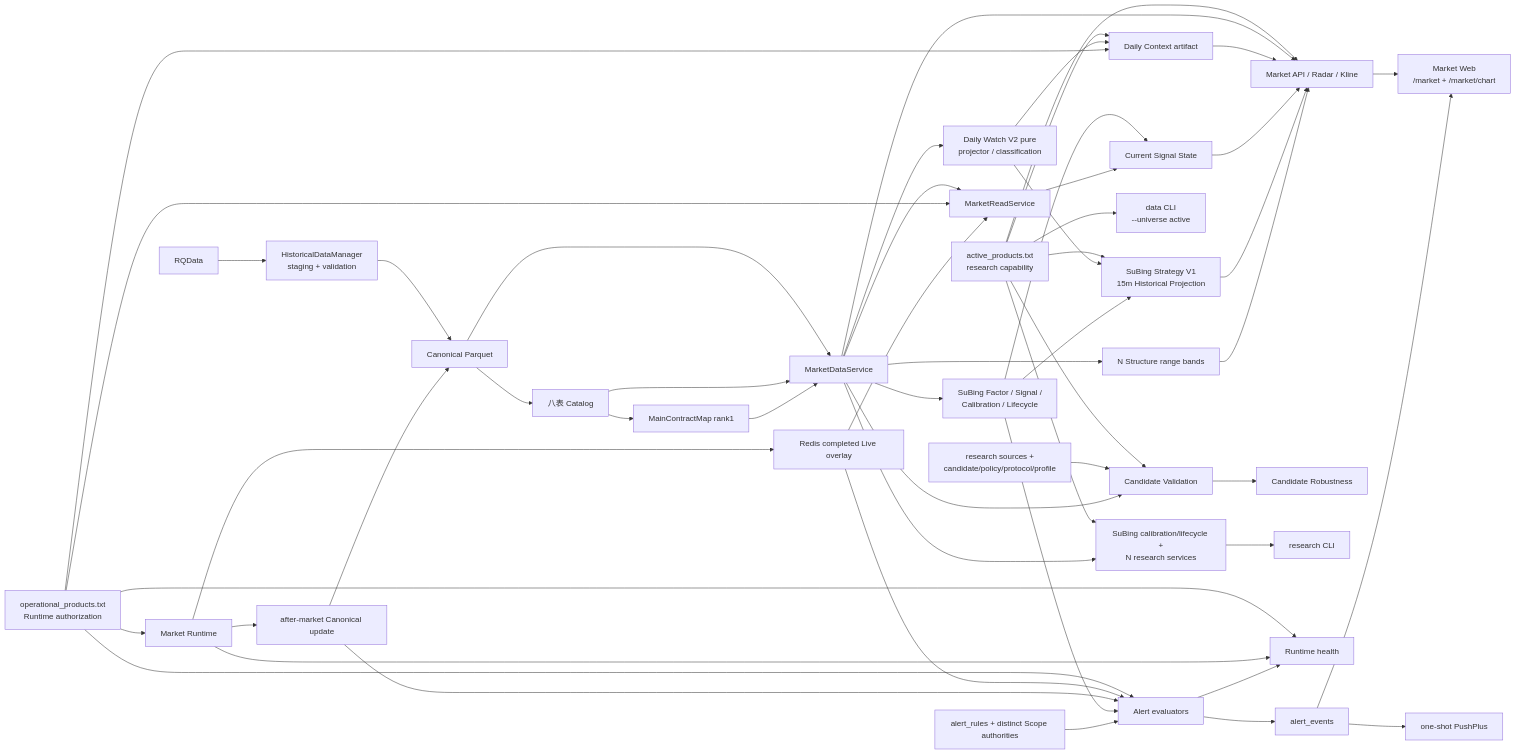
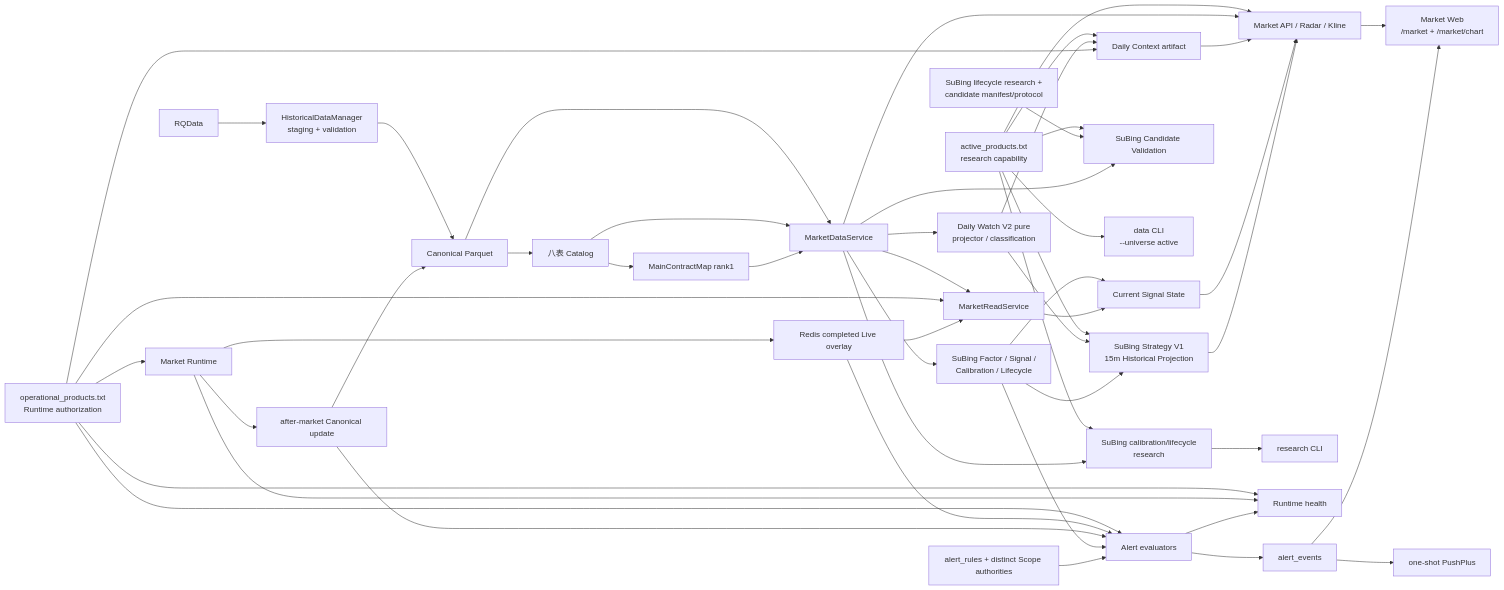
One commit to firehell/guiyi-quant-workstation changed the diagram in docs/ARCHITECTURE.md. Above: the diagram before and after it, drawn with Mermaid. The commit also changed other lines of this file and 7 other files, not shown here.

````diff
--- a/docs/ARCHITECTURE.md
+++ b/docs/ARCHITECTURE.md
@@ -7,60 +7,56 @@
 ```mermaid
 flowchart LR
   RQ[RQData] --> HDM[HistoricalDataManager<br/>staging + validation]
   HDM --> CP[Canonical Parquet]
   CP --> CAT[八表 Catalog]
   CAT --> MCM[MainContractMap rank1]
   CP --> MDS[MarketDataService]
   CAT --> MDS
   MCM --> MDS
 
   ACTIVE[active_products.txt<br/>research capability] --> MARKET[Market API / Radar / Kline]
   ACTIVE --> DAILY
   ACTIVE --> SSP
   ACTIVE --> RS
   ACTIVE --> CV
   ACTIVE --> DCLI[data CLI<br/>--universe active]
   MDS --> MARKET
   MARKET --> WEB[Market Web<br/>/market + /market/chart]
 
   MDS --> SF[SuBing Factor / Signal /<br/>Calibration / Lifecycle]
   MDS --> DWP[Daily Watch V2 pure<br/>projector / classification]
   MDS --> MREAD[MarketReadService]
   DWP --> DAILY[Daily Context artifact]
   DWP --> SSP
   SF --> CURRENT[Current Signal State]
   SF --> SSP[SuBing Strategy V1<br/>15m Historical Projection]
   MREAD --> CURRENT
   DAILY --> MARKET
   CURRENT --> MARKET
   SSP --> MARKET
 
-  MDS --> N[N Structure range bands]
-  N --> MARKET
-
-  MDS --> RS[SuBing calibration/lifecycle +<br/>N research services]
-  SRC[research sources +<br/>candidate/policy/protocol/profile] --> CV[Candidate Validation]
+  MDS --> RS[SuBing calibration/lifecycle<br/>research]
+  SRC[SuBing lifecycle research +<br/>candidate manifest/protocol] --> CV[SuBing Candidate Validation]
   MDS --> CV
-  CV --> ROB[Candidate Robustness]
   RS --> RCLI[research CLI]
 
   OPS[operational_products.txt<br/>Runtime authorization] --> MR[Market Runtime]
   OPS --> MREAD
   OPS --> DAILY
   OPS --> AE
   OPS --> HEALTH[Runtime health]
   MR --> LIVE[Redis completed Live overlay]
   MR --> EOD[after-market Canonical update]
   MR --> HEALTH
   LIVE --> MREAD
   EOD --> CP
 
   LIVE --> AE[Alert evaluators]
   EOD --> AE
   SF --> AE
   RULE[alert_rules + distinct Scope authorities] --> AE
   AE --> HEALTH
   AE --> EVENT[alert_events]
   EVENT --> PUSH[one-shot PushPlus]
   EVENT --> WEB
 ```
````
